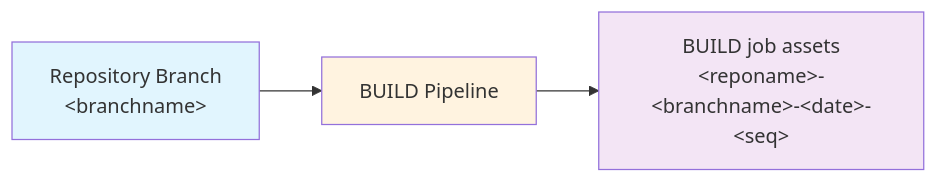
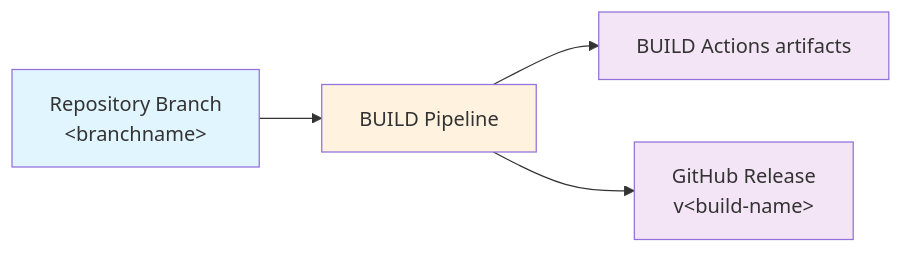
Before and after one commit to ALM4Dataverse/ALM4Dataverse: the diagram in docs/usage/building-releases.md, drawn with Mermaid. The commit also changed other lines of this file and 10 other files, not shown here.

Commit message:
feat: publish and deploy GitHub Release assets

````diff
--- a/docs/usage/building-releases.md
+++ b/docs/usage/building-releases.md
@@ -4,9 +4,11 @@
 ```mermaid
 flowchart LR
     A[Repository Branch<br/>&lt;branchname&gt;] --> B[BUILD Pipeline]
-    B --> C[BUILD job assets<br/>&lt;reponame&gt;-&lt;branchname&gt;-&lt;date&gt;-&lt;seq&gt;]
+    B --> C[BUILD Actions artifacts]
+    B --> D[GitHub Release<br/>v&lt;build-name&gt;]
 
     style A fill:#e1f5fe
     style C fill:#f3e5f5
+    style D fill:#f3e5f5
     style B fill:#fff3e0
 ```
````
